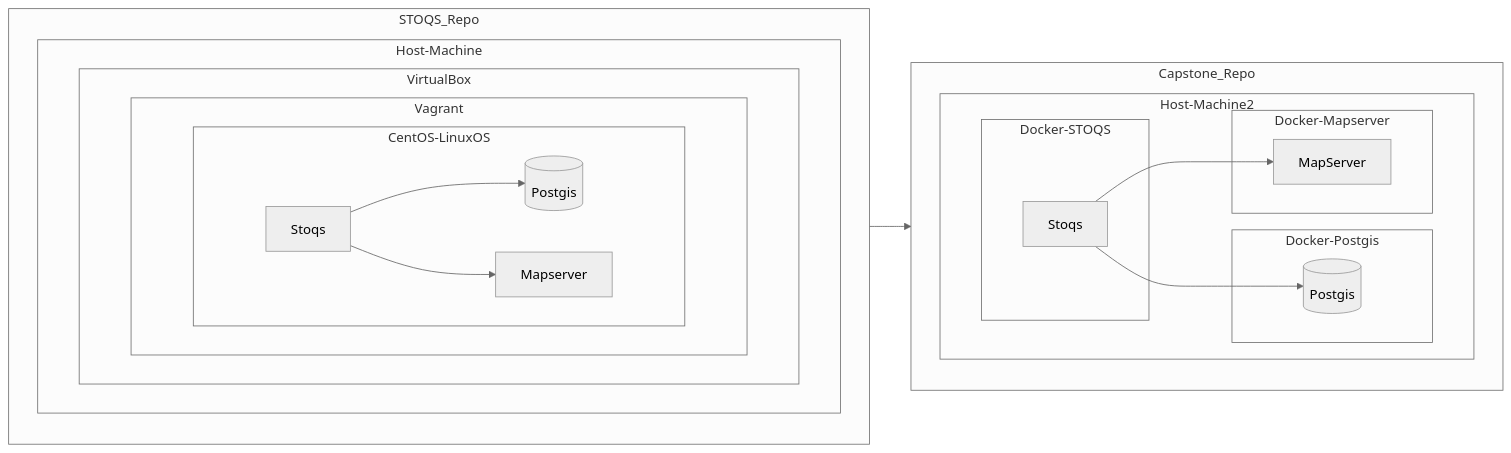
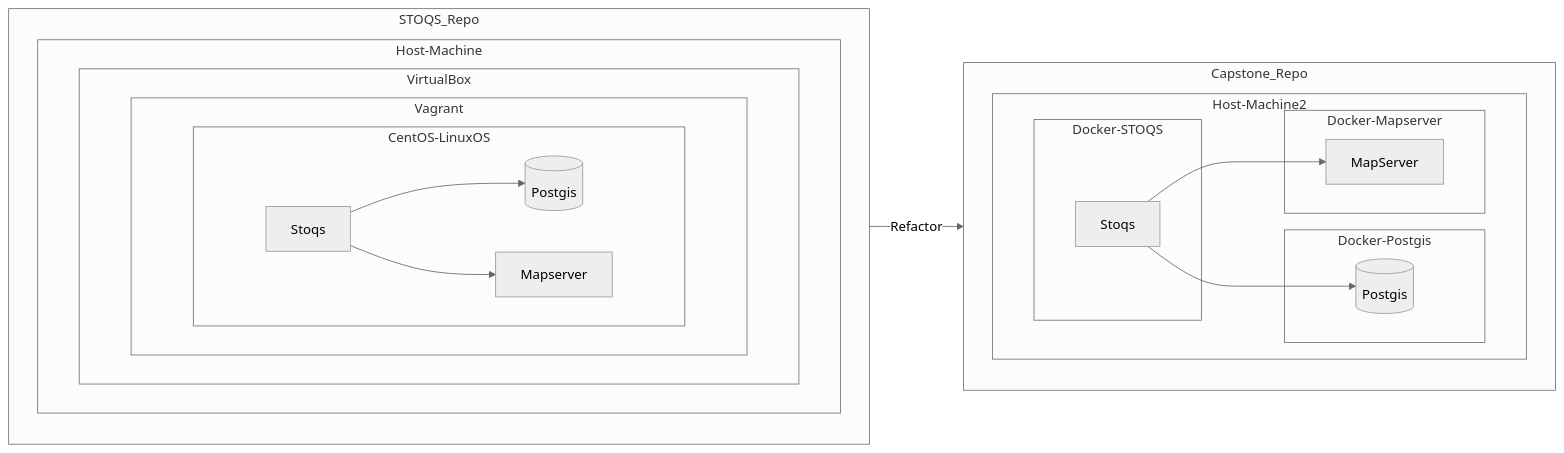
The diagram in stoqs_docs/docs/index.md (OtterBots/capstone_stoqs), drawn with Mermaid (neutral theme) before and after one commit.

Commit message:
Update index.md
boomshakalaka

````diff
--- a/stoqs_docs/docs/index.md
+++ b/stoqs_docs/docs/index.md
@@ -16,38 +16,38 @@
 ``` mermaid
 flowchart LR
     Postgis[(Postgis)]
     Stoqs["Stoqs"]
     MapServer2["MapServer"]
     Postgis2[(Postgis)]
     Stoqs2["Stoqs"]
     MapServer2["MapServer"]
 
 subgraph STOQS_Repo
     subgraph Host-Machine
         subgraph VirtualBox
             subgraph Vagrant
                 subgraph CentOS-LinuxOS
                     Stoqs --> Postgis
                     Stoqs --> Mapserver
                 end
             end
         end
     end
 end
 subgraph Capstone_Repo
     subgraph Host-Machine2
         subgraph Docker-STOQS
             Stoqs2
         end
         subgraph Docker-Postgis
             Postgis2
         end
         subgraph Docker-Mapserver
             MapServer2
         end
         Stoqs2 --> Postgis2
         Stoqs2 --> MapServer2
     end
 end
-STOQS_Repo --> Capstone_Repo
+STOQS_Repo -- Refactor --> Capstone_Repo
 ```
````
